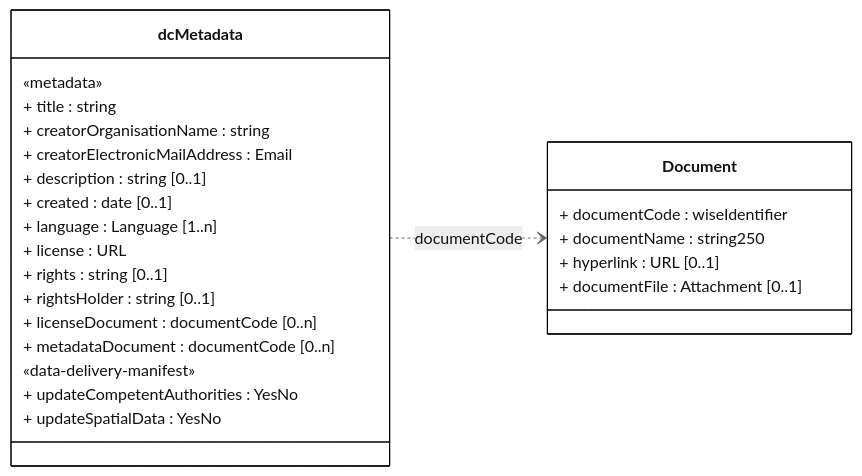
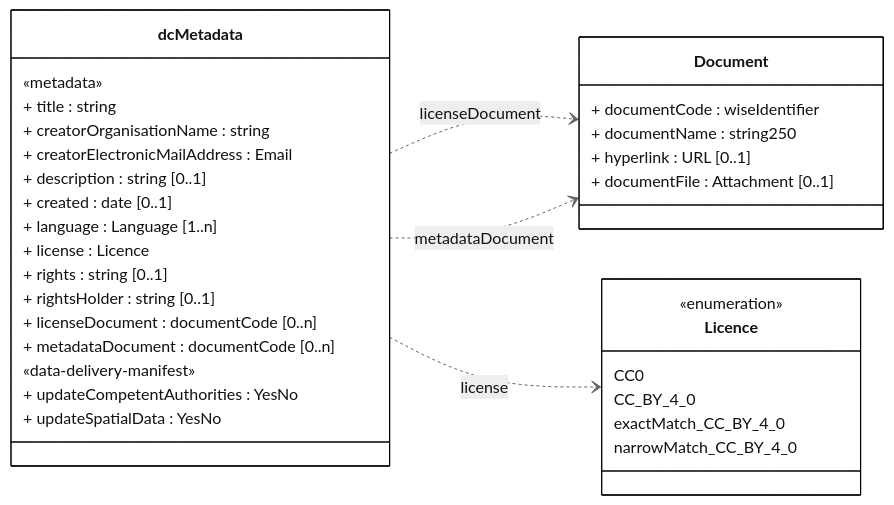
The diagram in docs/DataModelReview/mmd/RBDCA_4thCycle_Documents_ClassDiagram.mmd (eeadata/WISE.WFD.Documentation), drawn with Mermaid before and after one commit. The commit also changed 3 other files, not shown here.

```diff
--- a/docs/DataModelReview/mmd/RBDCA_4thCycle_Documents_ClassDiagram.mmd
+++ b/docs/DataModelReview/mmd/RBDCA_4thCycle_Documents_ClassDiagram.mmd
@@ -1,40 +1,50 @@
 ---
 config:
   class:
     hideEmptyMembersBox: true
   layout: dagre
   theme: neutral
 ---
 classDiagram
 direction LR
 
 class dcMetadata {
 
 «metadata»
   + title : string
   + creatorOrganisationName : string
   + creatorElectronicMailAddress : Email
   + description : string [0..1]
   + created : date [0..1]
   + language : Language [1..n]
-  + license : URL
+  + license : Licence
   + rights : string [0..1]
   + rightsHolder : string [0..1]
   + licenseDocument : documentCode [0..n]
   + metadataDocument : documentCode [0..n]
 
   «data-delivery-manifest»
   + updateCompetentAuthorities : YesNo
   + updateSpatialData : YesNo
 }
 class Document {
   + documentCode : wiseIdentifier
   + documentName : string250
   + hyperlink : URL [0..1]
   + documentFile : Attachment [0..1]
 }
 
-dcMetadata ..> Document : documentCode
+class Licence{
+  <<enumeration>>
+  CC0
+  CC_BY_4_0
+  exactMatch_CC_BY_4_0
+  narrowMatch_CC_BY_4_0
+}
+
+dcMetadata ..> Document : licenseDocument
+dcMetadata ..> Document : metadataDocument
+dcMetadata ..> Licence : license
 
 classDef default fill:white,stroke:#000;
 classDef forFixing fill:white,stroke:#f00;
```
